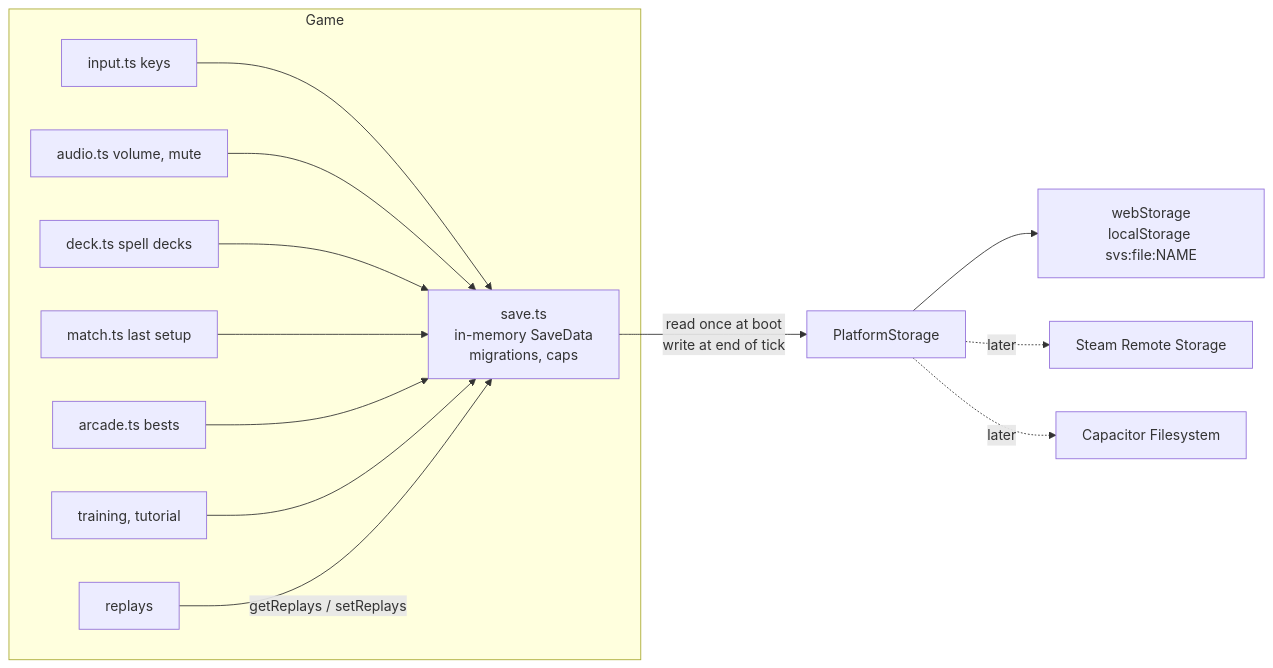
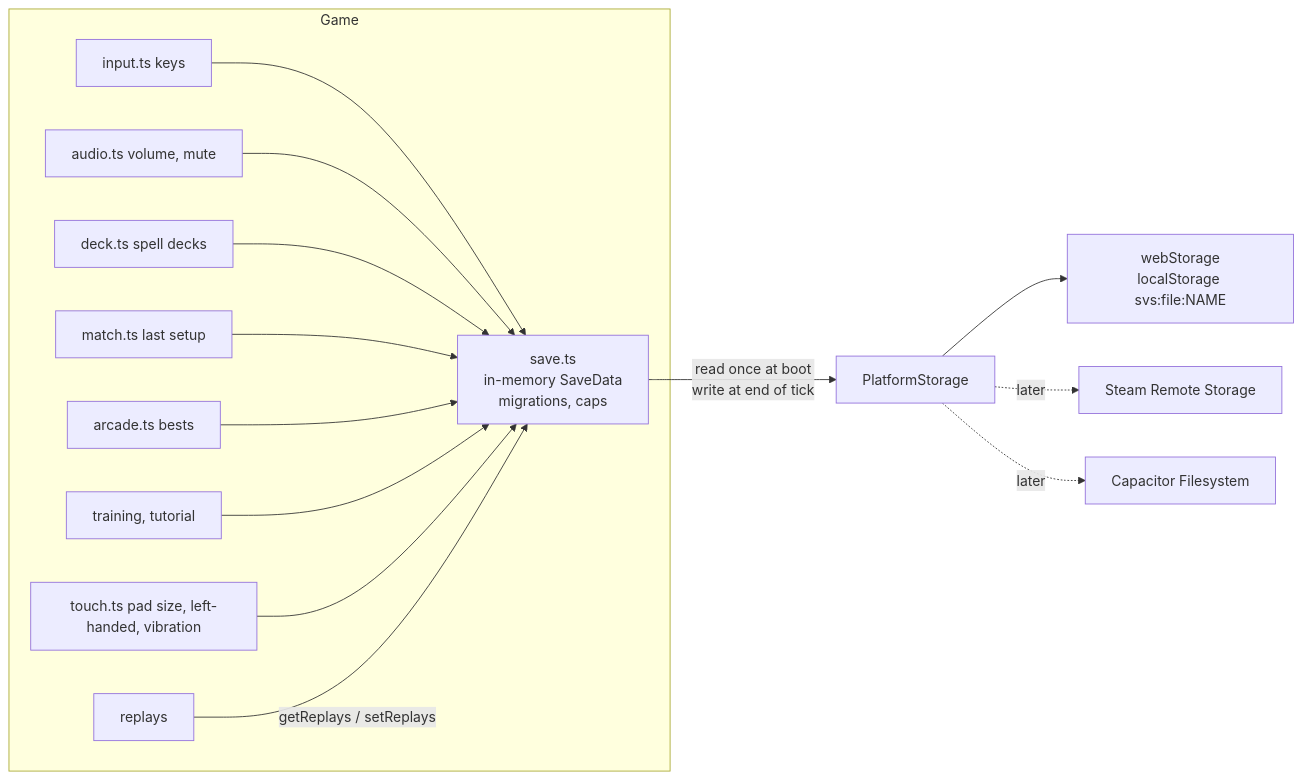
One commit to WesleyT4N/spell-vs-steel changed the first of 2 diagrams in docs/SAVES.md. Above: the diagram before and after it, drawn with Mermaid. The commit also changed other lines of this file and 3 other files, not shown here.

````diff
--- a/docs/SAVES.md
+++ b/docs/SAVES.md
@@ -6,16 +6,17 @@
 ```mermaid
 flowchart LR
   subgraph Game
     input[input.ts keys] --> S
     audio[audio.ts volume, mute] --> S
     deck[deck.ts spell decks] --> S
     match[match.ts last setup] --> S
     arcade[arcade.ts bests] --> S
     scenes[training, tutorial] --> S
+    touch[touch.ts pad size, left-handed, vibration] --> S
     replays[replays] -->|getReplays / setReplays| S
   end
   S[save.ts<br/>in-memory SaveData<br/>migrations, caps] -->|read once at boot<br/>write at end of tick| P[PlatformStorage]
   P --> web[webStorage<br/>localStorage svs:file:NAME]
   P -.later.-> steam[Steam Remote Storage]
   P -.later.-> cap[Capacitor Filesystem]
 ```
````
